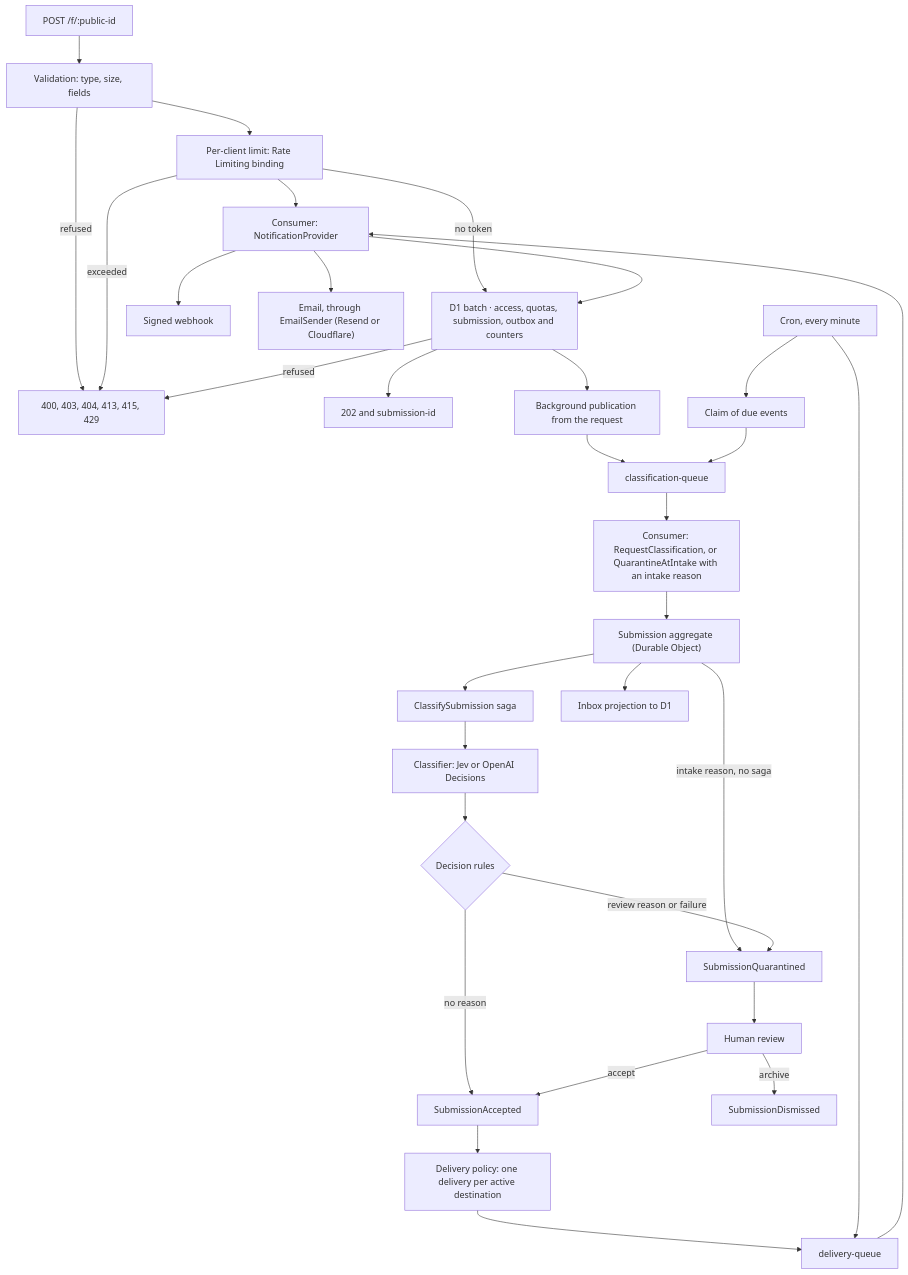
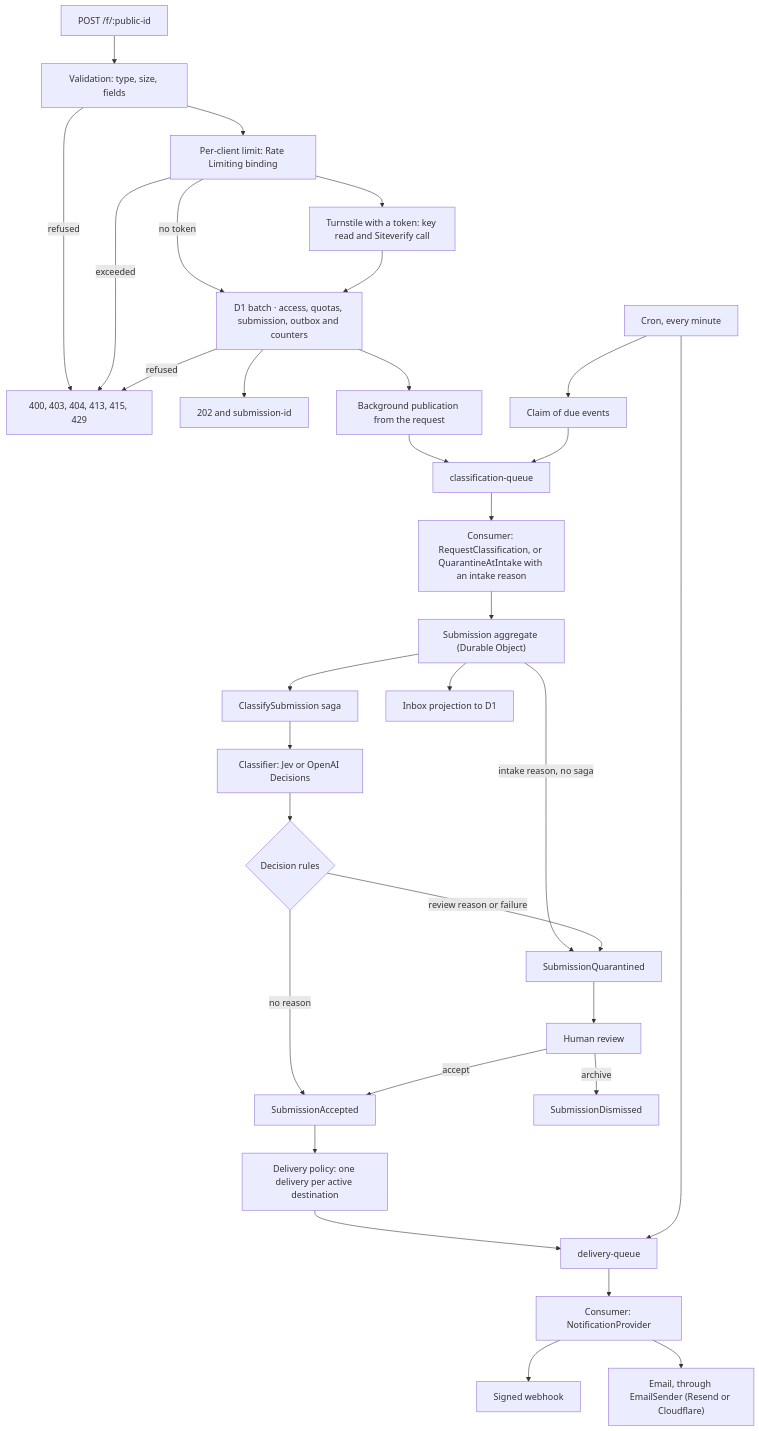
One commit to basaltbytes/rondyr changed the diagram in architecture.md. Above: the diagram before and after it, drawn with Mermaid. The commit also changed other lines of this file and 3 other files, not shown here.

First line of the commit message:
Update the roadmap, migration rule and submission diagram in architecture.md

````diff
--- a/architecture.md
+++ b/architecture.md
@@ -74,34 +74,34 @@
 ```mermaid
 flowchart TD
   A["POST /f/:public-id"] --> B["Validation: type, size, fields"]
   B -->|refused| C["400, 403, 404, 413, 415, 429"]
   B --> Y["Per-client limit: Rate Limiting binding"]
   Y -->|exceeded| C
-  Y --> V["Turnstile with a token: key read and Siteverify call"]
+  Y --> Z["Turnstile with a token: key read and Siteverify call"]
   Y -->|no token| D["D1 batch · access, quotas, submission, outbox and counters"]
-  V --> D
+  Z --> D
   D -->|refused| C
   D --> E["202 and submission-id"]
   D --> T["Background publication from the request"]
   T --> H["classification-queue"]
   F["Cron, every minute"] --> G["Claim of due events"]
   G --> H
   H --> I["Consumer: RequestClassification, or QuarantineAtIntake with an intake reason"]
   I --> J["Submission aggregate (Durable Object)"]
   J --> K["ClassifySubmission saga"]
   J -->|intake reason, no saga| O
   K --> L["Classifier: Jev or OpenAI Decisions"]
   L --> M{"Decision rules"}
   M -->|no reason| N["SubmissionAccepted"]
   M -->|review reason or failure| O["SubmissionQuarantined"]
   O --> P["Human review"]
   P -->|accept| N
   P -->|archive| Q["SubmissionDismissed"]
   J --> R["Inbox projection to D1"]
   N --> S["Delivery policy: one delivery per active destination"]
   S --> U["delivery-queue"]
   F --> U
   U --> V["Consumer: NotificationProvider"]
   V --> W["Signed webhook"]
   V --> X["Email, through EmailSender (Resend or Cloudflare)"]
 ```
````
